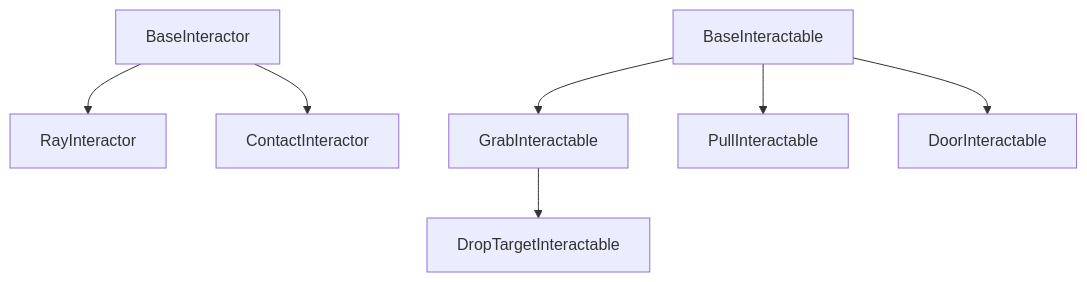
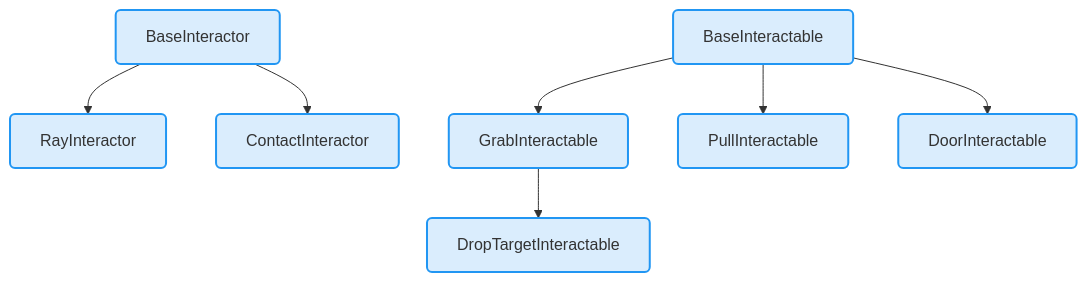
One commit to needle-mirror/com.unity.xr.interaction.toolkit changed the first of 2 diagrams in Documentation~/mermaid/mermaid_graphs.md. Above: the diagram before and after it, drawn with Mermaid. The commit also changed other lines of this file and 77 other files, not shown here.

````diff
--- a/Documentation~/mermaid/mermaid_graphs.md
+++ b/Documentation~/mermaid/mermaid_graphs.md
@@ -4,9 +4,13 @@
 ```mermaid
 graph TD;
     BaseInteractor-->RayInteractor;
     BaseInteractor-->ContactInteractor;
     BaseInteractable-->GrabInteractable
     GrabInteractable-->DropTargetInteractable
     BaseInteractable-->PullInteractable
     BaseInteractable-->DoorInteractable
+    classDef blue fill:#daedfd, stroke:#2196f3, stroke-width:2px, rx:5, ry:5;
+    class BaseInteractor,RayInteractor,ContactInteractor blue
+    class BaseInteractable,GrabInteractable,PullInteractable blue
+    class DoorInteractable,DropTargetInteractable blue
 ```
````
